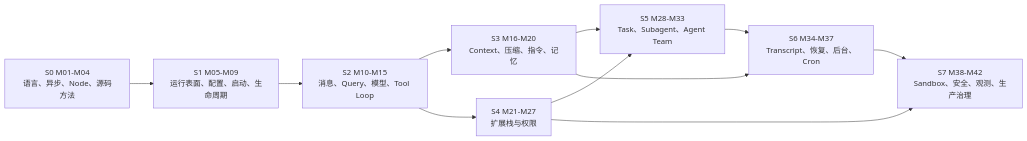
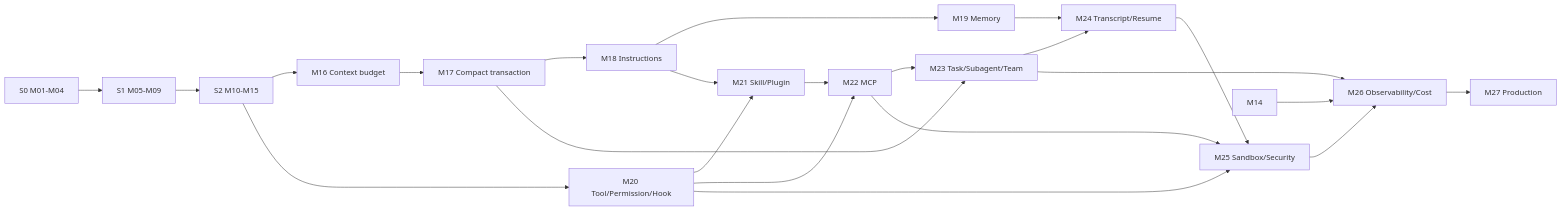
The second of 2 diagrams in curriculum/design/course-design-package.md (bai201928/claude-code-source-course), drawn with Mermaid before and after one commit. The commit also changed other lines of this file and 49 other files, not shown here.

````diff
--- a/curriculum/design/course-design-package.md
+++ b/curriculum/design/course-design-package.md
@@ -474,13 +230,22 @@
 ```mermaid
 flowchart LR
-  S0["S0 M01-M04\n语言、异步、Node、源码方法"] --> S1["S1 M05-M09\n运行表面、配置、启动、生命周期"]
-  S1 --> S2["S2 M10-M15\n消息、Query、模型、Tool Loop"]
-  S2 --> S3["S3 M16-M20\nContext、压缩、指令、记忆"]
-  S2 --> S4["S4 M21-M27\n扩展栈与权限"]
-  S3 --> S5["S5 M28-M33\nTask、Subagent、Agent Team"]
-  S4 --> S5
-  S3 --> S6["S6 M34-M37\nTranscript、恢复、后台、Cron"]
-  S5 --> S6
-  S4 --> S7["S7 M38-M42\nSandbox、安全、观测、生产治理"]
-  S6 --> S7
+  S0["S0 M01-M04"] --> S1["S1 M05-M09"] --> S2["S2 M10-M15"]
+  S2 --> M16["M16 Context budget"] --> M17["M17 Compact transaction"]
+  M17 --> M18["M18 Instructions"] --> M19["M19 Memory"]
+  S2 --> M20["M20 Tool/Permission/Hook"]
+  M18 --> M21["M21 Skill/Plugin"]
+  M20 --> M21
+  M20 --> M22["M22 MCP"]
+  M21 --> M22
+  M17 --> M23["M23 Task/Subagent/Team"]
+  M22 --> M23
+  M19 --> M24["M24 Transcript/Resume"]
+  M23 --> M24
+  M20 --> M25["M25 Sandbox/Security"]
+  M22 --> M25
+  M24 --> M25
+  M14 --> M26["M26 Observability/Cost"]
+  M23 --> M26
+  M25 --> M26
+  M26 --> M27["M27 Production"]
 ```
````
